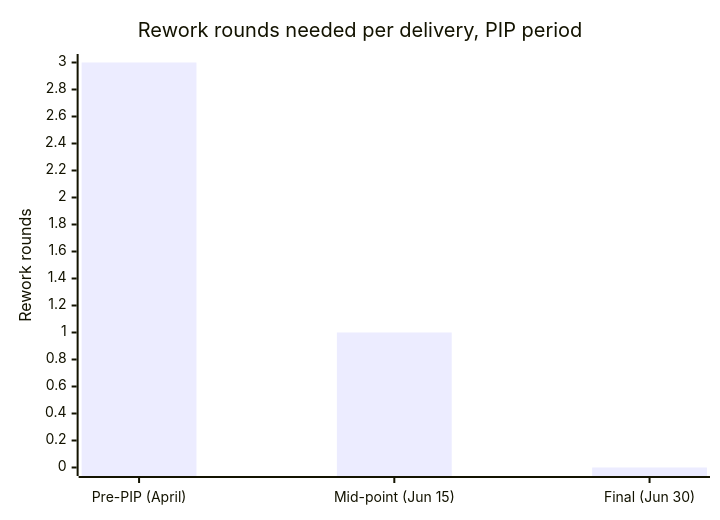
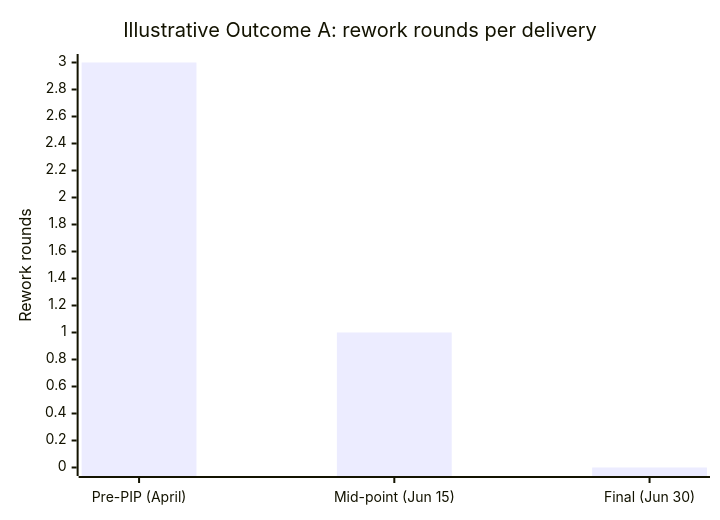
The second of 2 diagrams in src/content/people-management/performance-improvement-plans/L3-deep-dive.mdx (francoandreDev/knowledge), drawn with Mermaid before and after one commit. The commit also changed other lines of this file and 36 other files, not shown here.

````diff
--- a/src/content/people-management/performance-improvement-plans/L3-deep-dive.mdx
+++ b/src/content/people-management/performance-improvement-plans/L3-deep-dive.mdx
@@ -119,7 +149,7 @@
 ```mermaid
 xychart-beta
-    title "Rework rounds needed per delivery, PIP period"
+    title "Illustrative Outcome A: rework rounds per delivery"
     x-axis ["Pre-PIP (April)", "Mid-point (Jun 15)", "Final (Jun 30)"]
     y-axis "Rework rounds" 0 --> 3
     bar [3, 1, 0]
 ```
````
